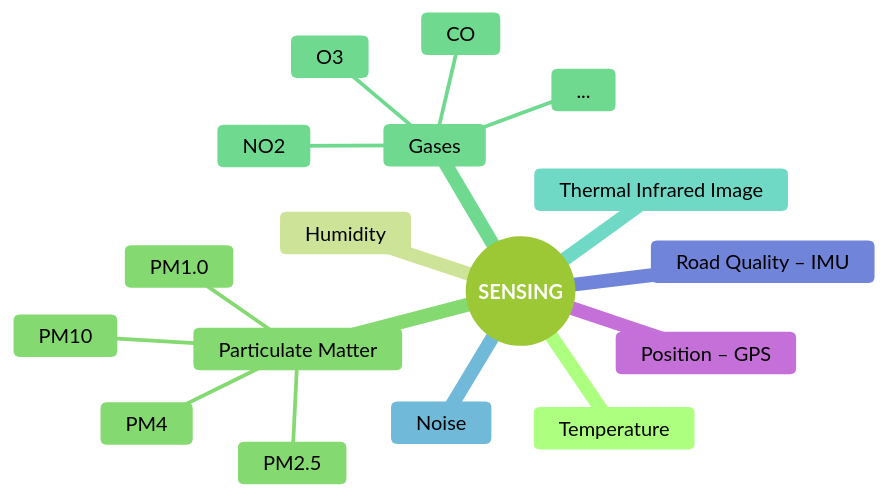
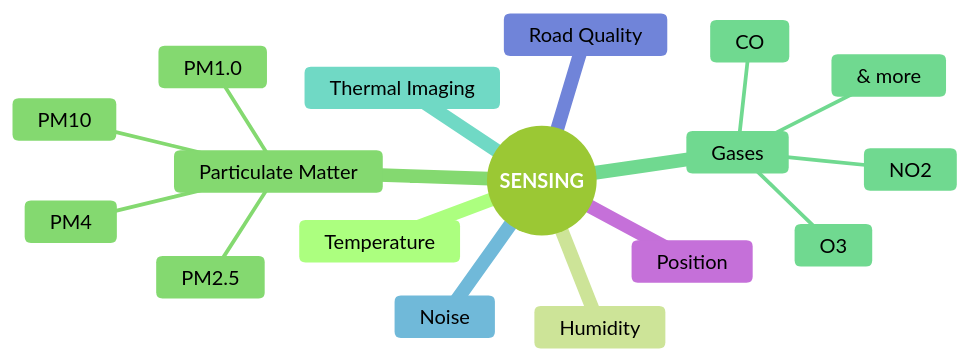
One commit to MIT-Senseable-City-Lab/flatburn-lte changed the first of 2 diagrams in documentation/content/explore/device.md. Above: the diagram before and after it, drawn with Mermaid (forest theme). The commit also changed other lines of this file and 20 other files, not shown here.

````diff
--- a/documentation/content/explore/device.md
+++ b/documentation/content/explore/device.md
@@ -15,20 +16,20 @@
 ```mermaid
 mindmap
     root((**SENSING**))
         Temperature
         Humidity
         Particulate Matter
             PM1.0
             PM2.5
             PM4
             PM10
         Gases
             CO
             NO2
             O3
-            ...
-        Thermal Infrared Image
+            & more
+        Thermal Imaging
         Noise
-        Road Quality – IMU
-        Position – GPS
+        Road Quality
+        Position
 ```
````
